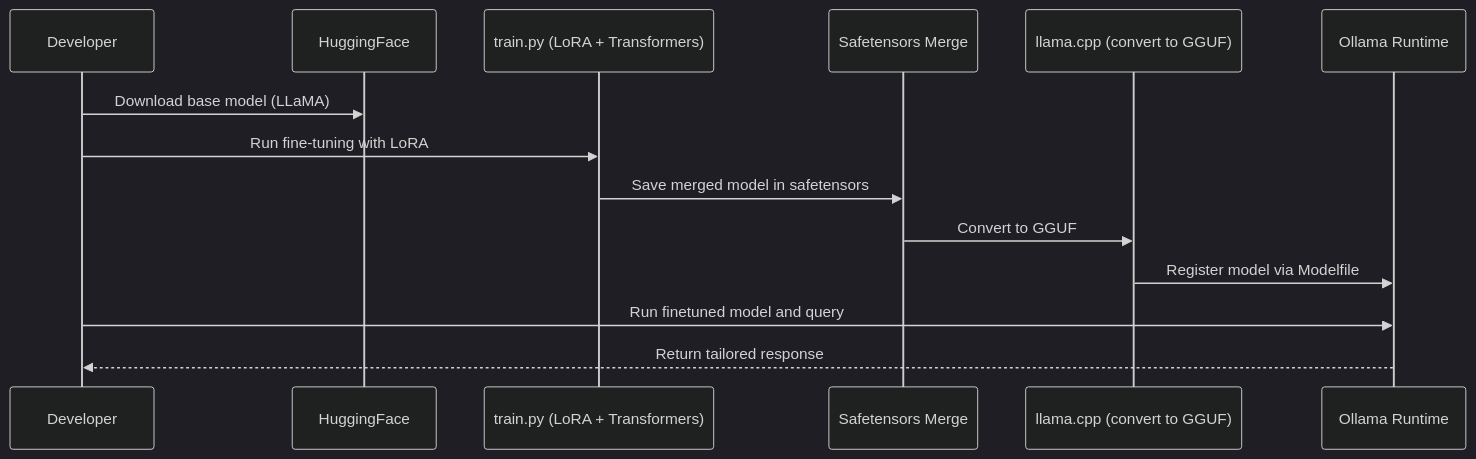
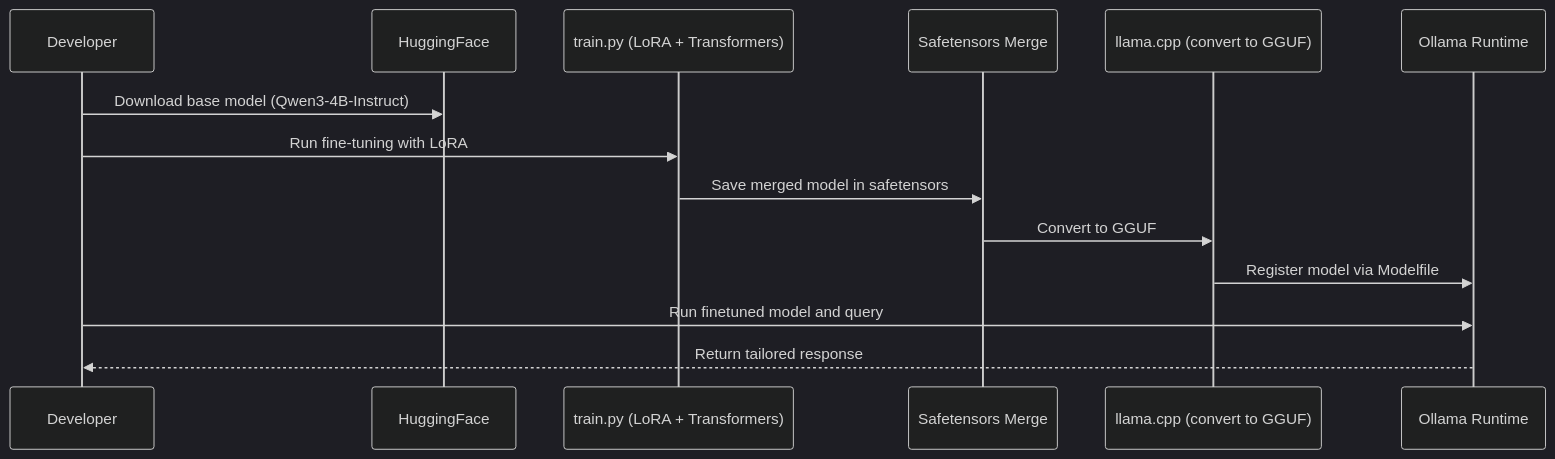
Before and after one commit to dalchr/llama-finetune: the diagram in README.md, drawn with Mermaid (dark theme). The commit also changed other lines of this file and 1 other file, not shown here.

Commit message:
Train model to answer basic questions about the README.md

````diff
--- a/README.md
+++ b/README.md
@@ -251,16 +255,16 @@
 ```mermaid
 sequenceDiagram
     participant Dev as Developer
     participant HF as HuggingFace
     participant Train as train.py (LoRA + Transformers)
     participant Merge as Safetensors Merge
     participant LCPP as llama.cpp (convert to GGUF)
     participant Ollama as Ollama Runtime
-    Dev ->> HF: Download base model (LLaMA)
+    Dev ->> HF: Download base model (Qwen3-4B-Instruct)
     Dev ->> Train: Run fine-tuning with LoRA
     Train ->> Merge: Save merged model in safetensors
     Merge ->> LCPP: Convert to GGUF
     LCPP ->> Ollama: Register model via Modelfile
     Dev ->> Ollama: Run finetuned model and query
     Ollama -->> Dev: Return tailored response
 ```
````
